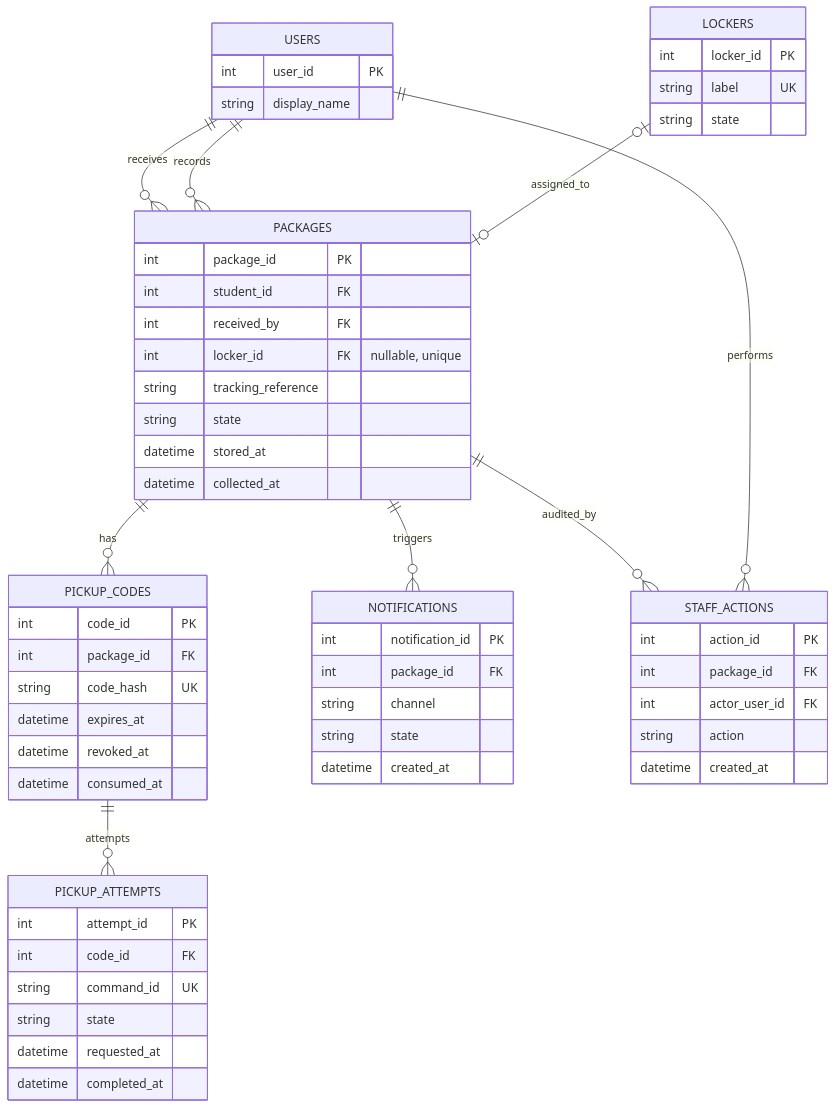
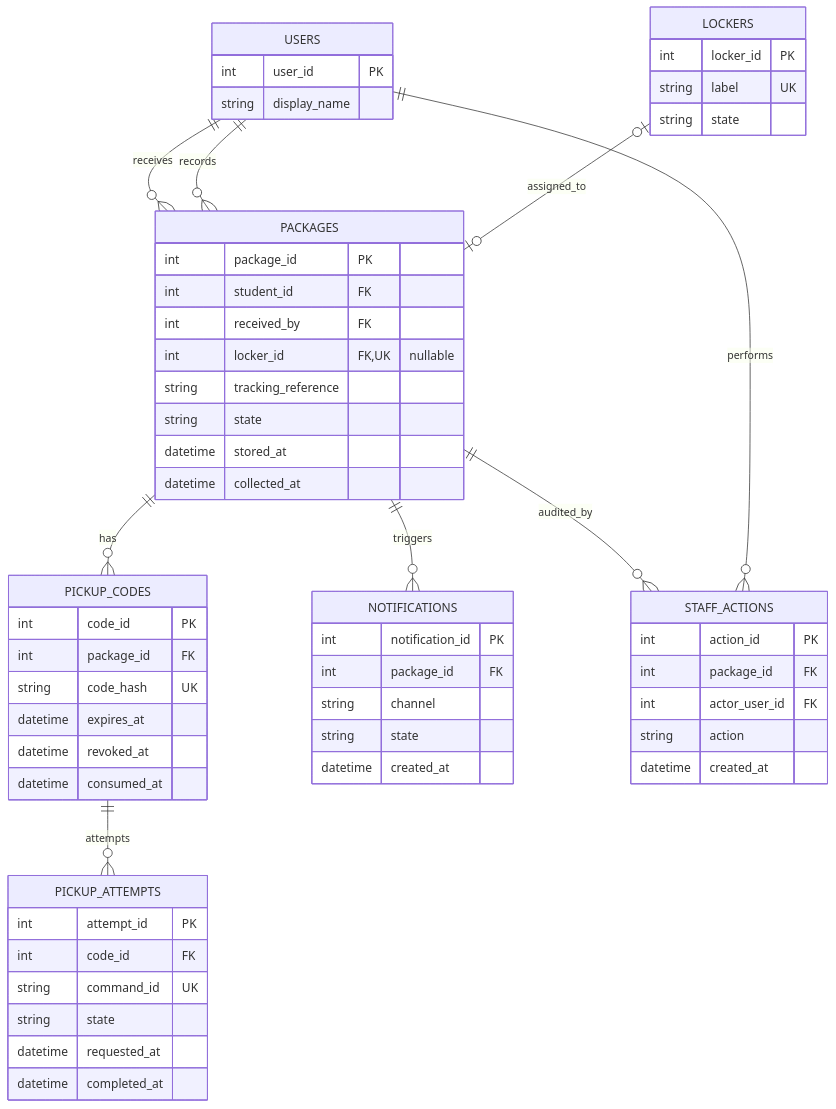
One commit to ehuerta6/bloomberg-interview-practice changed the second of 2 diagrams in solutions/system-design/13-campus-parcel-locker-pickup.md. Above: the diagram before and after it, drawn with Mermaid. The commit also changed other lines of this file and 16 other files, not shown here.

````diff
--- a/solutions/system-design/13-campus-parcel-locker-pickup.md
+++ b/solutions/system-design/13-campus-parcel-locker-pickup.md
@@ -58,61 +58,61 @@
 ```mermaid
 erDiagram
     USERS ||--o{ PACKAGES : receives
     USERS ||--o{ PACKAGES : records
     LOCKERS o|--o| PACKAGES : assigned_to
     PACKAGES ||--o{ PICKUP_CODES : has
     PICKUP_CODES ||--o{ PICKUP_ATTEMPTS : attempts
     PACKAGES ||--o{ NOTIFICATIONS : triggers
     PACKAGES ||--o{ STAFF_ACTIONS : audited_by
     USERS ||--o{ STAFF_ACTIONS : performs
 
     USERS {
         int user_id PK
         string display_name
     }
     LOCKERS {
         int locker_id PK
         string label UK
         string state
     }
     PACKAGES {
         int package_id PK
         int student_id FK
         int received_by FK
-        int locker_id FK "nullable, unique"
+        int locker_id FK, UK "nullable"
         string tracking_reference
         string state
         datetime stored_at
         datetime collected_at
     }
     PICKUP_CODES {
         int code_id PK
         int package_id FK
         string code_hash UK
         datetime expires_at
         datetime revoked_at
         datetime consumed_at
     }
     PICKUP_ATTEMPTS {
         int attempt_id PK
         int code_id FK
         string command_id UK
         string state
         datetime requested_at
         datetime completed_at
     }
     NOTIFICATIONS {
         int notification_id PK
         int package_id FK
         string channel
         string state
         datetime created_at
     }
     STAFF_ACTIONS {
         int action_id PK
         int package_id FK
         int actor_user_id FK
         string action
         datetime created_at
     }
 ```
````
